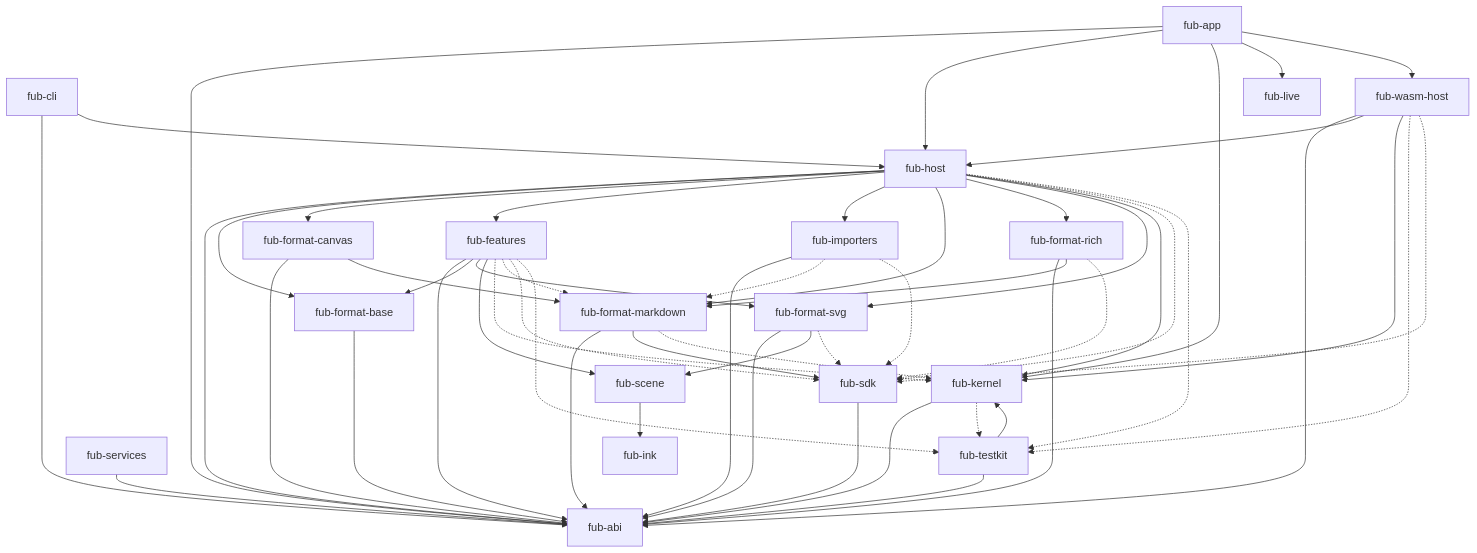
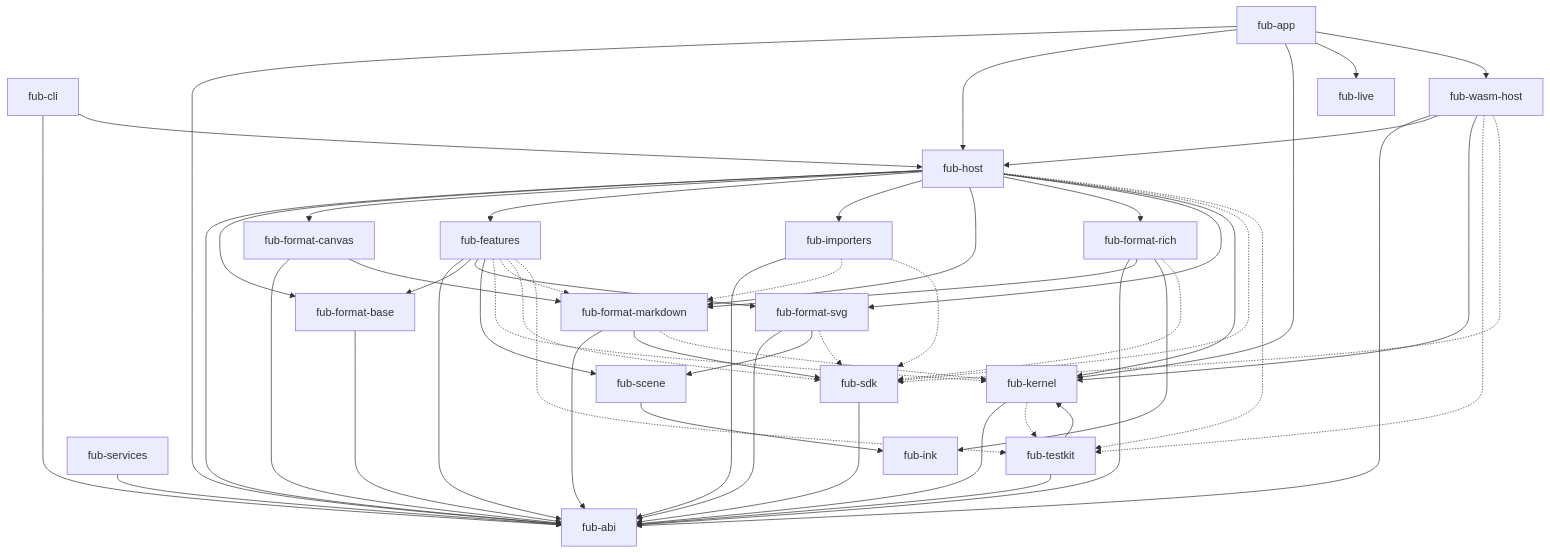
One commit to Fubeo/Fub changed the first of 4 diagrams in docs/architecture/overview.md. Above: the diagram before and after it, drawn with Mermaid. The commit also changed other lines of this file and 64 other files, not shown here.

````diff
--- a/docs/architecture/overview.md
+++ b/docs/architecture/overview.md
@@ -29,80 +29,81 @@
 ```mermaid
 flowchart TD
     %% @grafo-dipendenze
     %% Questo blocco è confrontato con cargo metadata da dependency_invariant.rs.
 
     app["fub-app"]
     host["fub-host"]
     features["fub-features"]
     markdown["fub-format-markdown"]
     base["fub-format-base"]
     canvas["fub-format-canvas"]
     svg["fub-format-svg"]
     scene["fub-scene"]
     ink["fub-ink"]
     rich["fub-format-rich"]
     importers["fub-importers"]
     cli["fub-cli"]
     services["fub-services"]
     live["fub-live"]
     wasmhost["fub-wasm-host"]
     sdk["fub-sdk"]
     testkit["fub-testkit"]
     kernel["fub-kernel"]
     abi["fub-abi"]
 
     app --> abi
     app --> host
     app --> kernel
     app --> live
     app --> wasmhost
     host --> abi
     host --> base
     host --> canvas
     host --> features
     host --> importers
     host --> markdown
     host --> rich
     host --> svg
     host --> kernel
     cli --> abi
     cli --> host
     services --> abi
     base --> abi
     canvas --> abi
     canvas --> markdown
     rich --> abi
     rich --> markdown
+    rich --> ink
     importers --> abi
     features --> abi
     features --> base
     features --> svg
     features --> scene
     markdown --> abi
     markdown --> sdk
     svg --> abi
     svg --> scene
     scene --> ink
     wasmhost --> abi
     wasmhost --> host
     wasmhost --> kernel
     kernel --> abi
     sdk --> abi
     testkit --> abi
     testkit --> kernel
 
     features -.-> kernel
     features -.-> markdown
     features -.-> sdk
     features -.-> testkit
     markdown -.-> kernel
     kernel -.-> testkit
     host -.-> sdk
     host -.-> testkit
     wasmhost -.-> testkit
     wasmhost -.-> sdk
     importers -.-> markdown
     importers -.-> sdk
     svg -.-> sdk
     rich -.-> sdk
 ```
````
